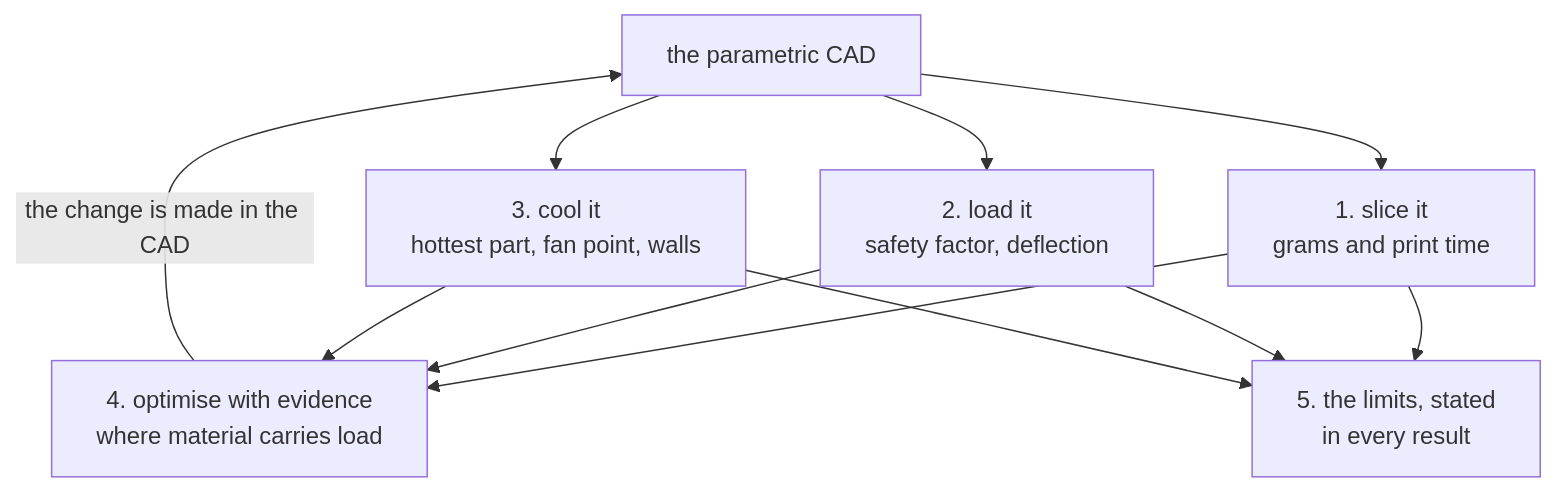
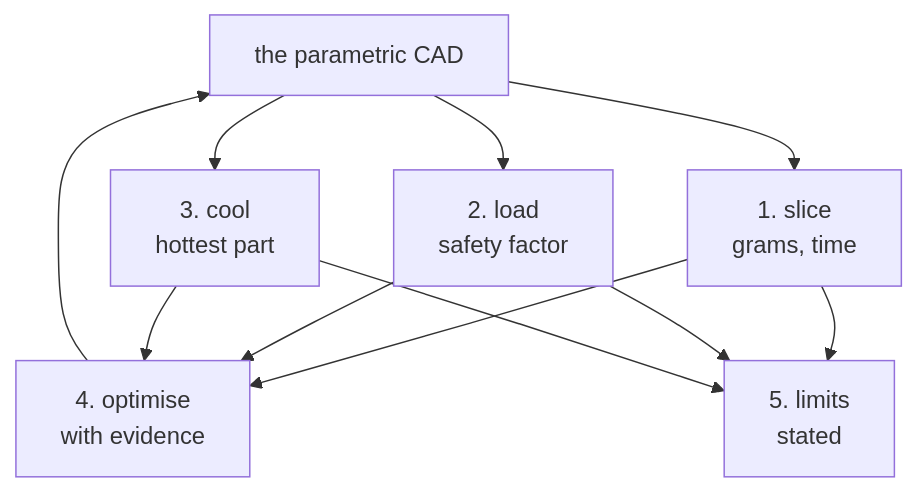
Before and after one commit to Valpatel/cad-agent: the fifth of 6 diagrams in docs/toolkit.md, drawn with Mermaid. The commit also changed 2 other files, not shown here.

Commit message:
Three new diagrams fit the column at 1100 px: shorter boxes, one more decision for relate, unlabelled loops
Part of #122.

````diff
--- a/docs/toolkit.md
+++ b/docs/toolkit.md
@@ -959,9 +959,9 @@
 ```mermaid
 flowchart TD
-    C["the parametric CAD"] --> S["1. slice it<br/>grams and print time"]
-    C --> L["2. load it<br/>safety factor, deflection"]
-    C --> K["3. cool it<br/>hottest part, fan point, walls"]
-    S & L & K --> O["4. optimise with evidence<br/>where material carries load"]
-    O -->|"the change is made in the CAD"| C
-    S & L & K --> R["5. the limits, stated<br/>in every result"]
+    C["the parametric CAD"] --> S["1. slice<br/>grams, time"]
+    C --> L["2. load<br/>safety factor"]
+    C --> K["3. cool<br/>hottest part"]
+    S & L & K --> O["4. optimise<br/>with evidence"]
+    O --> C
+    S & L & K --> R["5. limits<br/>stated"]
 ```
````
